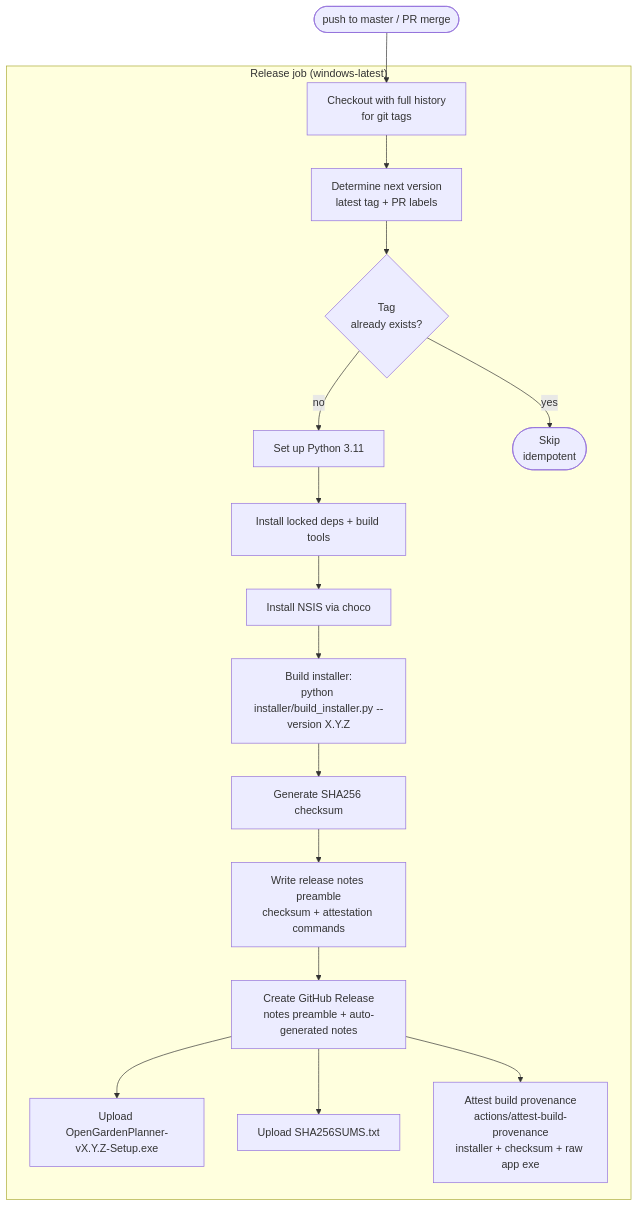
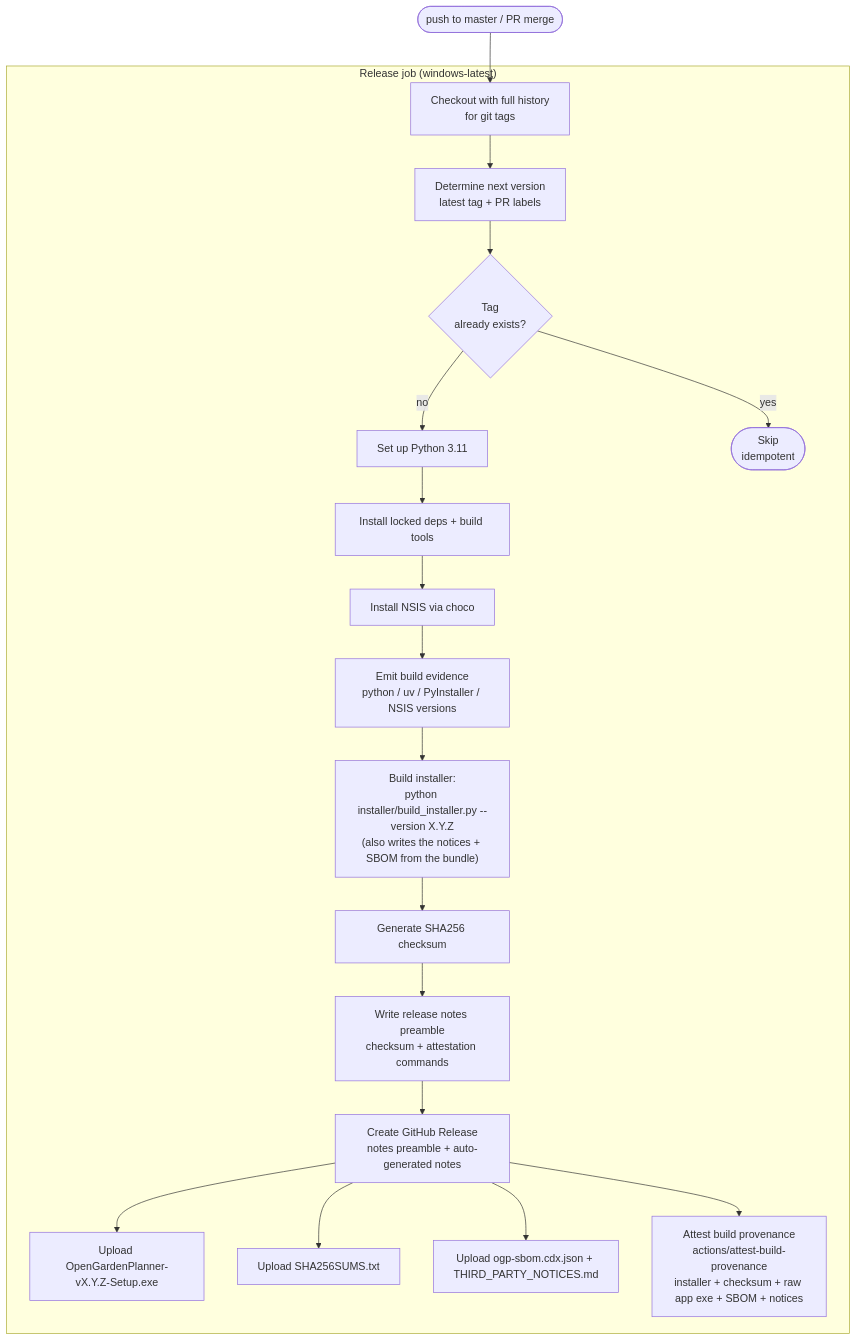
Before and after one commit to cofade/open-garden-planner: the third of 3 diagrams in docs/07-deployment-view/README.md, drawn with Mermaid. The commit also changed other lines of this file and 35 other files, not shown here.

````diff
--- a/docs/07-deployment-view/README.md
+++ b/docs/07-deployment-view/README.md
@@ -241,29 +257,32 @@
 ```mermaid
 flowchart TD
     Trigger(["push to master / PR merge"])
     subgraph Job["Release job (windows-latest)"]
         R1[Checkout with full history<br/>for git tags]
         R2[Determine next version<br/>latest tag + PR labels]
         R3{Tag<br/>already exists?}
         R4[Set up Python 3.11]
         R5[Install locked deps + build tools]
         R6[Install NSIS via choco]
-        R7["Build installer:<br/>python installer/build_installer.py --version X.Y.Z"]
+        R6b[Emit build evidence<br/>python / uv / PyInstaller / NSIS versions]
+        R7["Build installer:<br/>python installer/build_installer.py --version X.Y.Z<br/>(also writes the notices + SBOM from the bundle)"]
         R8[Generate SHA256 checksum]
         R8b[Write release notes preamble<br/>checksum + attestation commands]
         R9[Create GitHub Release<br/>notes preamble + auto-generated notes]
         R10a[Upload OpenGardenPlanner-vX.Y.Z-Setup.exe]
         R10b[Upload SHA256SUMS.txt]
-        R11["Attest build provenance<br/>actions/attest-build-provenance<br/>installer + checksum + raw app exe"]
+        R10c[Upload ogp-sbom.cdx.json + THIRD_PARTY_NOTICES.md]
+        R11["Attest build provenance<br/>actions/attest-build-provenance<br/>installer + checksum + raw app exe + SBOM + notices"]
         Skip([Skip<br/>idempotent])
 
         R1 --> R2 --> R3
         R3 -->|yes| Skip
-        R3 -->|no| R4 --> R5 --> R6 --> R7 --> R8 --> R8b --> R9
+        R3 -->|no| R4 --> R5 --> R6 --> R6b --> R7 --> R8 --> R8b --> R9
         R9 --> R10a
         R9 --> R10b
+        R9 --> R10c
         R9 --> R11
     end
 
     Trigger --> R1
 ```
````
